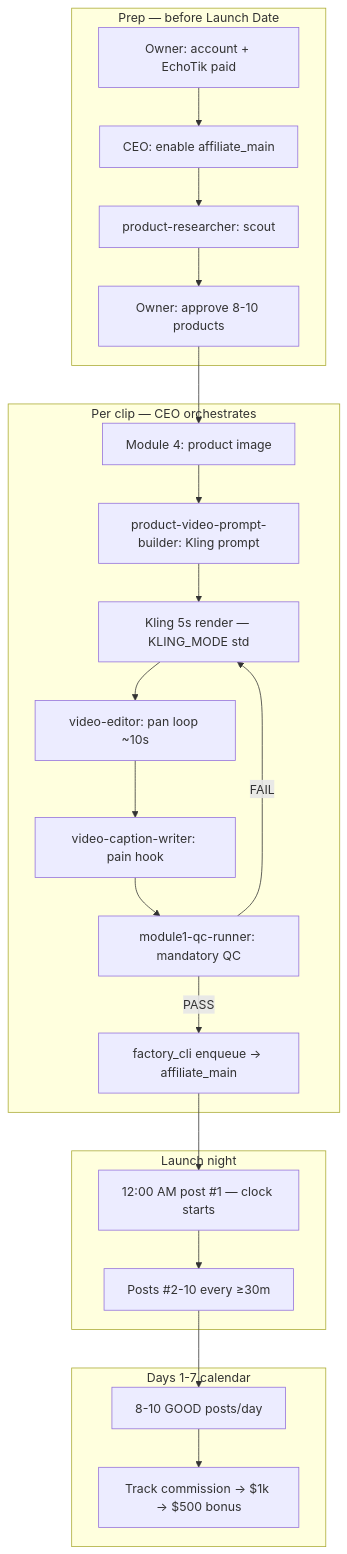
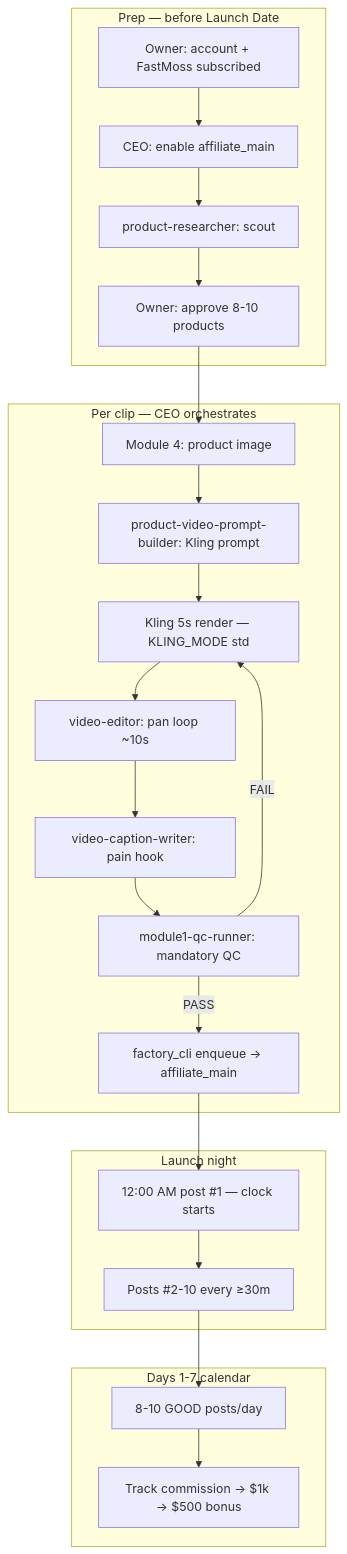
One commit to ProofOfProgress/proof-codex-ai changed the first of 3 diagrams in docs/PIPELINE_SYSTEM_DESIGN.md. Above: the diagram before and after it, drawn with Mermaid. The commit also changed 34 other files, not shown here.

First line of the commit message:
Replace EchoTik with FastMoss across docs, scout CLI, and launch budget

````diff
--- a/docs/PIPELINE_SYSTEM_DESIGN.md
+++ b/docs/PIPELINE_SYSTEM_DESIGN.md
@@ -21,29 +21,29 @@
 ```mermaid
 flowchart TD
   subgraph prep [Prep — before Launch Date]
-    A[Owner: account + EchoTik paid] --> B[CEO: enable affiliate_main]
+    A[Owner: account + FastMoss subscribed] --> B[CEO: enable affiliate_main]
     B --> C[product-researcher: scout]
     C --> D[Owner: approve 8-10 products]
   end
 
   subgraph per_clip [Per clip — CEO orchestrates]
     D --> E[Module 4: product image]
     E --> F[product-video-prompt-builder: Kling prompt]
     F --> G[Kling 5s render — KLING_MODE std]
     G --> H[video-editor: pan loop ~10s]
     H --> I[video-caption-writer: pain hook]
     I --> J[module1-qc-runner: mandatory QC]
     J -->|PASS| K[factory_cli enqueue → affiliate_main]
     J -->|FAIL| G
   end
 
   subgraph launch [Launch night]
     K --> L["12:00 AM post #1 — clock starts"]
     L --> M["Posts #2-10 every ≥30m"]
   end
 
   subgraph week1 [Days 1-7 calendar]
     M --> N[8-10 GOOD posts/day]
     N --> O[Track commission → $1k → $500 bonus]
   end
 ```
````
